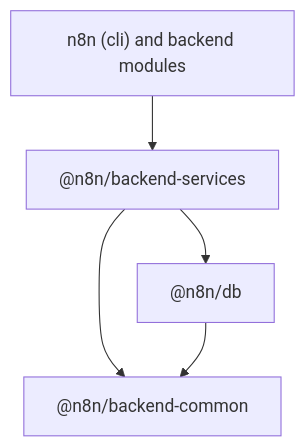
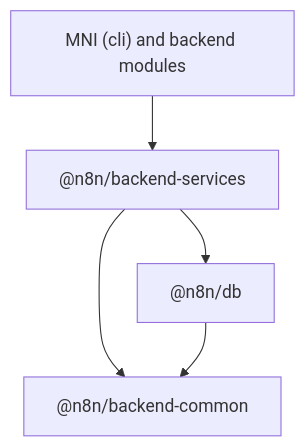
Before and after one commit to Rajsingh18110/MNI: the diagram in packages/@n8n/backend-services/README.md, drawn with Mermaid. The commit also changed other lines of this file and 2767 other files, not shown here.

````diff
--- a/packages/@n8n/backend-services/README.md
+++ b/packages/@n8n/backend-services/README.md
@@ -15,7 +15,7 @@
 ```mermaid
 flowchart TD
-  cli["n8n (cli) and backend modules"] --> bs["@n8n/backend-services"]
+  cli["MNI (cli) and backend modules"] --> bs["@n8n/backend-services"]
   bs --> db["@n8n/db"]
   bs --> bc["@n8n/backend-common"]
   db --> bc
 ```
````
